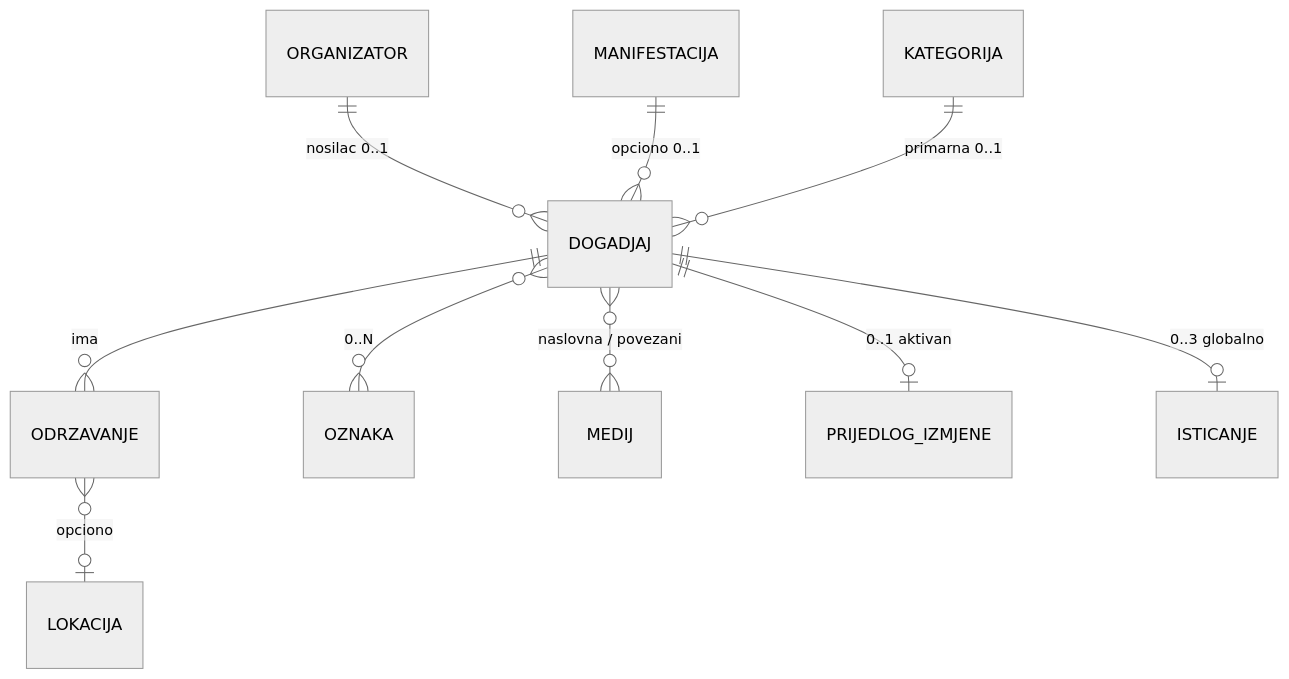
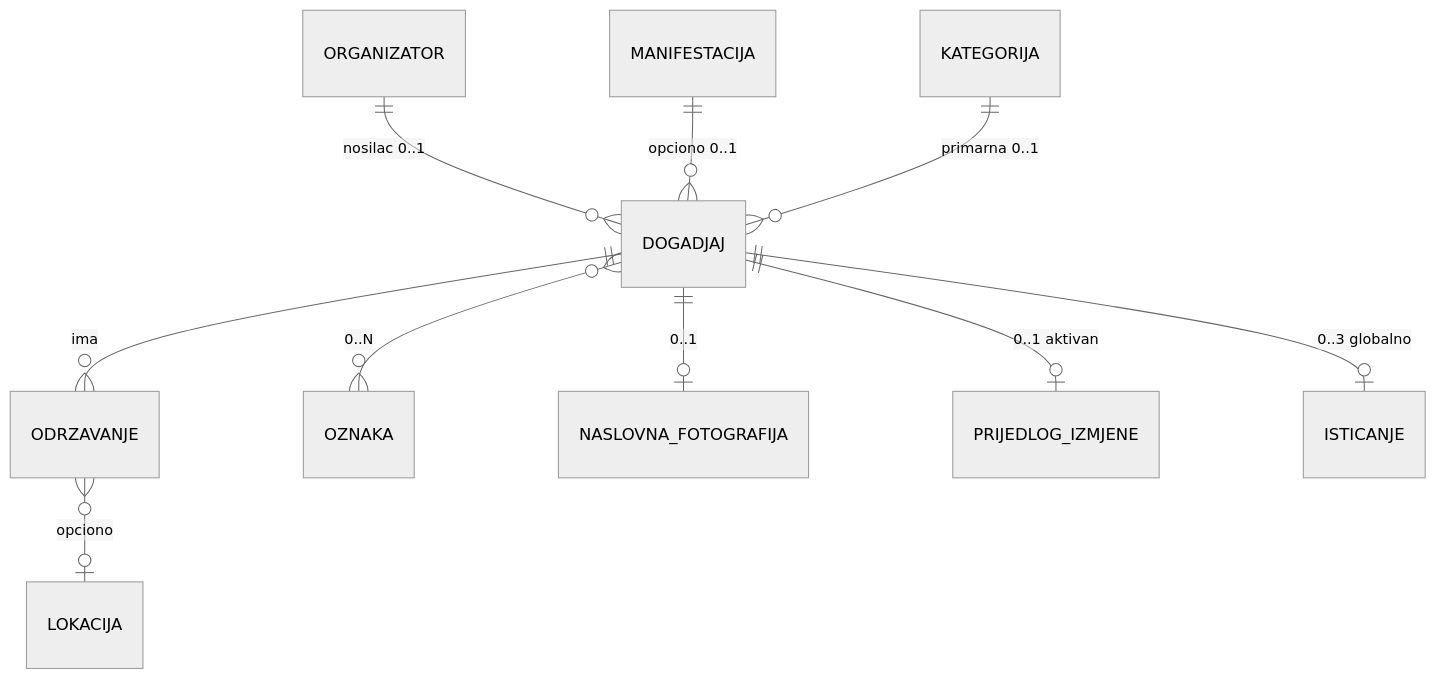
The fifth of 5 diagrams in docs/technical-specifications/Technical-Specification_Dogadjaj.md (GoranOpK/digital.kotor.me), drawn with Mermaid (neutral theme) before and after one commit. The commit also changed other lines of this file and 12 other files, not shown here.

````diff
--- a/docs/technical-specifications/Technical-Specification_Dogadjaj.md
+++ b/docs/technical-specifications/Technical-Specification_Dogadjaj.md
@@ -761,12 +763,12 @@
 ```mermaid
 erDiagram
   ORGANIZATOR ||--o{ DOGADJAJ : "nosilac 0..1"
   DOGADJAJ ||--o{ ODRZAVANJE : ima
   ODRZAVANJE }o--o| LOKACIJA : "opciono"
   MANIFESTACIJA ||--o{ DOGADJAJ : "opciono 0..1"
   KATEGORIJA ||--o{ DOGADJAJ : "primarna 0..1"
   DOGADJAJ }o--o{ OZNAKA : "0..N"
-  DOGADJAJ }o--o{ MEDIJ : "naslovna / povezani"
+  DOGADJAJ ||--o| NASLOVNA_FOTOGRAFIJA : "0..1"
   DOGADJAJ ||--o| PRIJEDLOG_IZMJENE : "0..1 aktivan"
   DOGADJAJ ||--o| ISTICANJE : "0..3 globalno"
 ```
````
